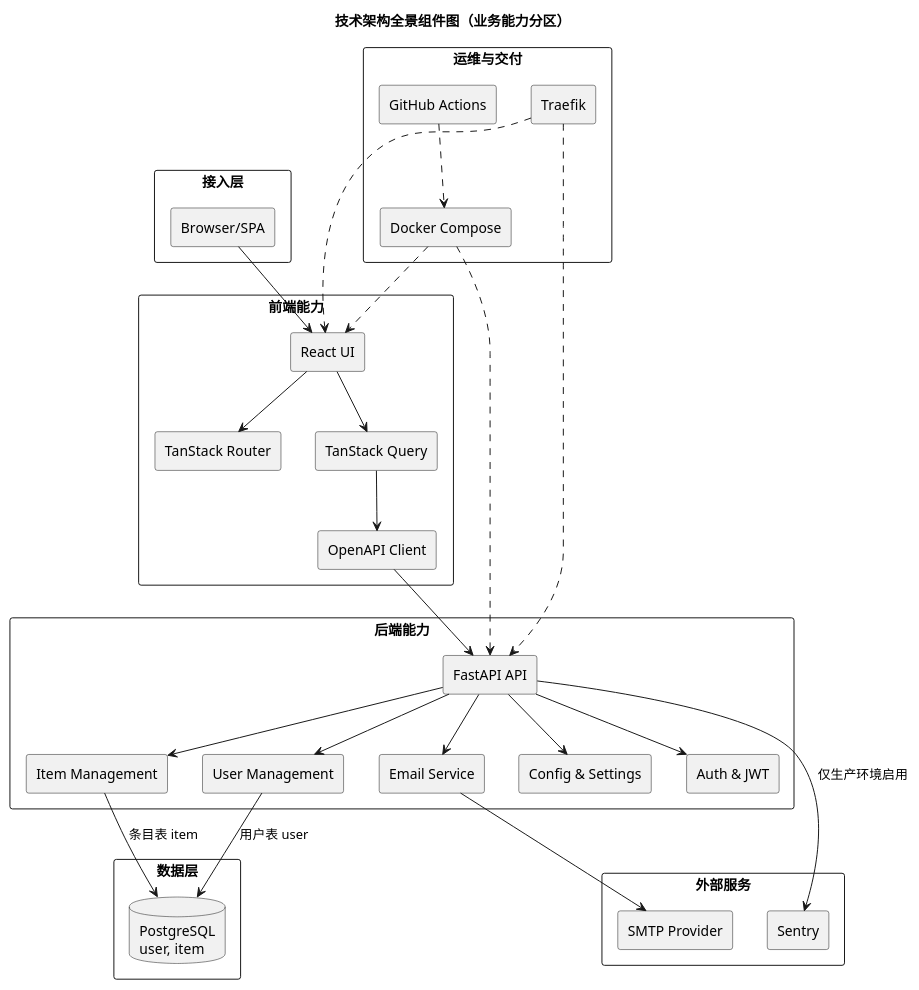
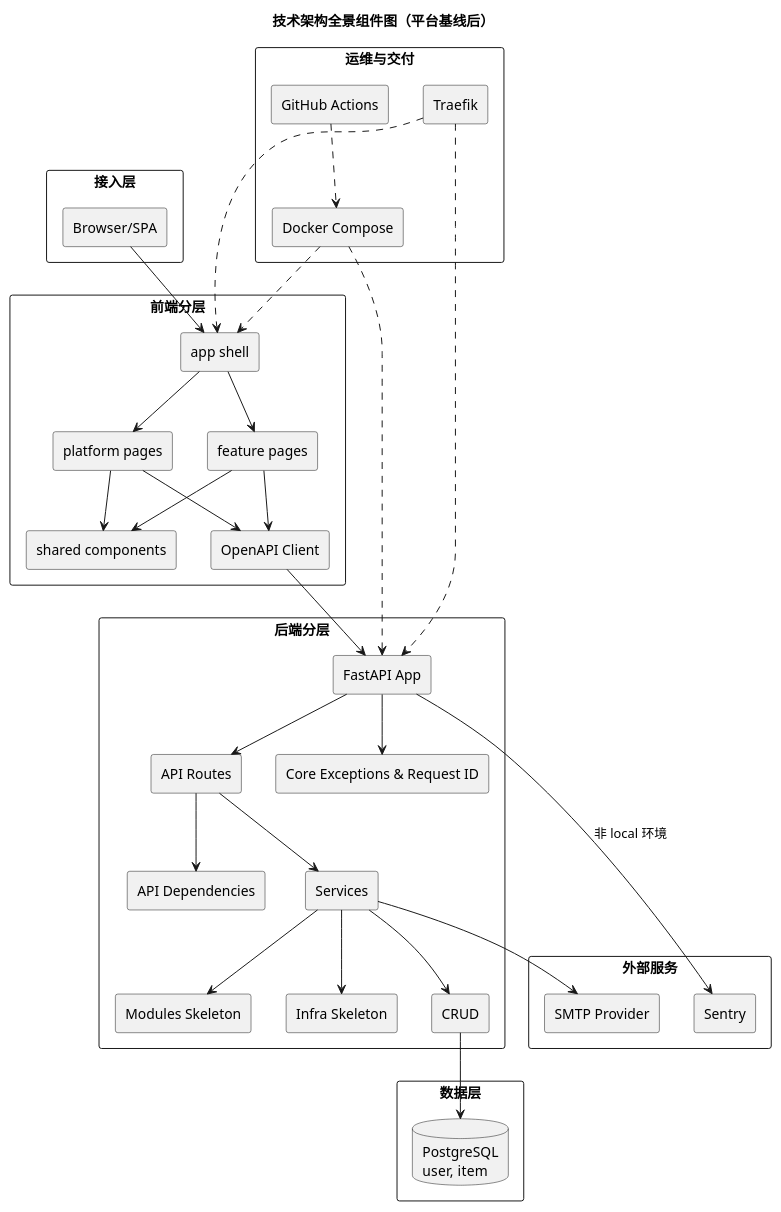
The first of 3 diagrams in docs/私域知识工程体系产出/系统架构分析.md (fangxu6/full-stack-fastapi-template), drawn with PlantUML before and after one commit. The commit also changed other lines of this file and 60 other files, not shown here.

````diff
--- a/docs/私域知识工程体系产出/系统架构分析.md
+++ b/docs/私域知识工程体系产出/系统架构分析.md
@@ -12,65 +12,71 @@
 ```uml
 @startuml
-title 技术架构全景组件图（业务能力分区）
+title 技术架构全景组件图（平台基线后）
 skinparam componentStyle rectangle
 skinparam packageStyle rectangle
 
 package "接入层" {
   [Browser/SPA]
 }
 
-package "前端能力" {
-  [React UI]
-  [TanStack Router]
-  [TanStack Query]
+package "前端分层" {
+  [app shell]
+  [platform pages]
+  [feature pages]
+  [shared components]
   [OpenAPI Client]
 }
 
-package "后端能力" {
-  [FastAPI API]
-  [Auth & JWT]
-  [User Management]
-  [Item Management]
-  [Email Service]
-  [Config & Settings]
+package "后端分层" {
+  [FastAPI App]
+  [API Routes]
+  [API Dependencies]
+  [Core Exceptions & Request ID]
+  [Services]
+  [CRUD]
+  [Modules Skeleton]
+  [Infra Skeleton]
 }
 
 package "数据层" {
   database "PostgreSQL\nuser, item" as DB
 }
 
 package "外部服务" {
   [SMTP Provider]
   [Sentry]
 }
 
 package "运维与交付" {
   [Docker Compose]
   [Traefik]
   [GitHub Actions]
 }
 
-[Browser/SPA] --> [React UI]
-[React UI] --> [TanStack Router]
-[React UI] --> [TanStack Query]
-[TanStack Query] --> [OpenAPI Client]
-[OpenAPI Client] --> [FastAPI API]
+[Browser/SPA] --> [app shell]
+[app shell] --> [platform pages]
+[app shell] --> [feature pages]
+[platform pages] --> [shared components]
+[feature pages] --> [shared components]
+[platform pages] --> [OpenAPI Client]
+[feature pages] --> [OpenAPI Client]
+[OpenAPI Client] --> [FastAPI App]
 
-[FastAPI API] --> [Auth & JWT]
-[FastAPI API] --> [User Management]
-[FastAPI API] --> [Item Management]
-[FastAPI API] --> [Email Service]
-[FastAPI API] --> [Config & Settings]
+[FastAPI App] --> [Core Exceptions & Request ID]
+[FastAPI App] --> [API Routes]
+[API Routes] --> [API Dependencies]
+[API Routes] --> [Services]
+[Services] --> [CRUD]
+[Services] --> [Modules Skeleton]
+[Services] --> [Infra Skeleton]
+[CRUD] --> DB
+[Services] --> [SMTP Provider]
+[FastAPI App] --> [Sentry] : 非 local 环境
 
-[User Management] --> DB : 用户表 user
-[Item Management] --> DB : 条目表 item
-[Email Service] --> [SMTP Provider]
-[FastAPI API] --> [Sentry] : 仅生产环境启用
-
-[Docker Compose] ..> [FastAPI API]
-[Docker Compose] ..> [React UI]
-[Traefik] ..> [FastAPI API]
-[Traefik] ..> [React UI]
+[Docker Compose] ..> [FastAPI App]
+[Docker Compose] ..> [app shell]
+[Traefik] ..> [FastAPI App]
+[Traefik] ..> [app shell]
 [GitHub Actions] ..> [Docker Compose]
 @enduml
 ```
````
